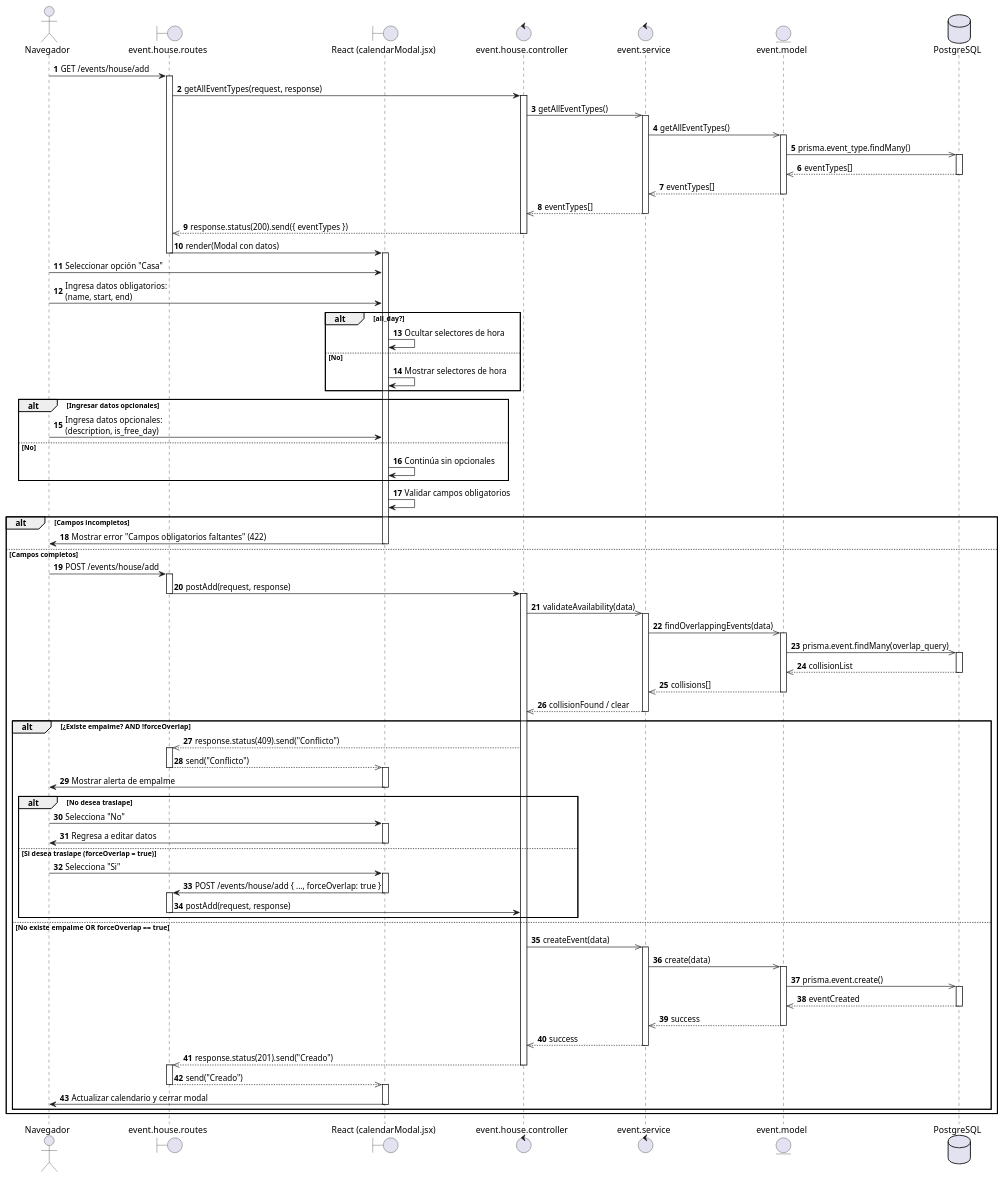
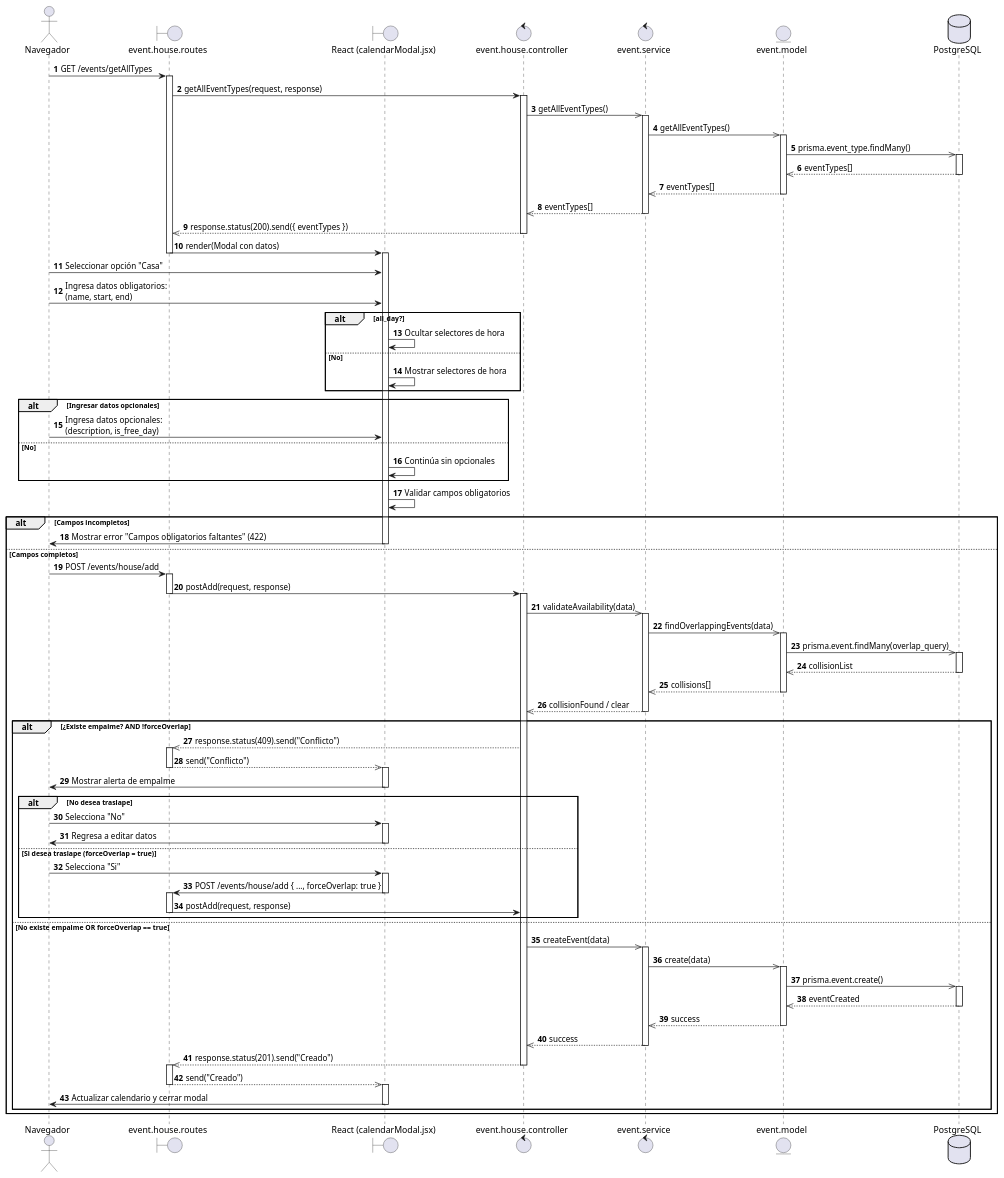
Before and after one commit to AztlanConsulting/RCHQ-Back: the diagram in diagrams/Sequence diagram/US77.puml, drawn with PlantUML. The commit also changed 1 other file, not shown here.

Commit message:
docs(DS): Se crea el diagrama de secuencia para modificar evento de casa.

```diff
--- a/diagrams/Sequence diagram/US77.puml
+++ b/diagrams/Sequence diagram/US77.puml
@@ -1,132 +1,132 @@
 @startuml HU77 - Coordinador registra evento de casa
 
 actor Navegador
 boundary "event.house.routes" as routes
 boundary "React (calendarModal.jsx)" as ReactView
 control "event.house.controller" as controller
 control event.service
 entity event.model
 database PostgreSQL
 
 autonumber
 
-Navegador -> routes : GET /events/house/add
+Navegador -> routes : GET /events/getAllTypes
 activate routes
 
 routes -> controller : getAllEventTypes(request, response)
 activate controller
 
 controller ->> event.service : getAllEventTypes()
 activate event.service
 event.service ->> event.model : getAllEventTypes()
 activate event.model
 event.model ->> PostgreSQL : prisma.event_type.findMany()
 activate PostgreSQL
 PostgreSQL -->> event.model : eventTypes[]
 deactivate PostgreSQL
 event.model -->> event.service : eventTypes[]
 deactivate event.model
 event.service -->> controller : eventTypes[]
 deactivate event.service
 
 controller -->> routes : response.status(200).send({ eventTypes })
 deactivate controller
 
 routes -> ReactView : render(Modal con datos)
 deactivate routes
 activate ReactView
 
 Navegador -> ReactView : Seleccionar opción "Casa"
 
 Navegador -> ReactView : Ingresa datos obligatorios:\n(name, start, end)
 
 alt all_day?
     ReactView -> ReactView : Ocultar selectores de hora
 else No
     ReactView -> ReactView : Mostrar selectores de hora
 end
 
 alt Ingresar datos opcionales
     Navegador -> ReactView : Ingresa datos opcionales:\n(description, is_free_day)
 else No
     ReactView -> ReactView : Continúa sin opcionales
 end
 
 ReactView -> ReactView : Validar campos obligatorios
 
 alt Campos incompletos
     ReactView -> Navegador : Mostrar error "Campos obligatorios faltantes" (422)
     deactivate ReactView
 else Campos completos
     Navegador -> routes : POST /events/house/add
     activate routes
 
     routes -> controller : postAdd(request, response)
     deactivate routes
     activate controller
 
     controller ->> event.service : validateAvailability(data)
     activate event.service
 
     event.service ->> event.model : findOverlappingEvents(data)
     activate event.model
     event.model ->> PostgreSQL : prisma.event.findMany(overlap_query)
     activate PostgreSQL
     PostgreSQL -->> event.model : collisionList
     deactivate PostgreSQL
     event.model -->> event.service : collisions[]
     deactivate event.model
 
     event.service -->> controller : collisionFound / clear
     deactivate event.service
 
     alt ¿Existe empalme? AND !forceOverlap
         controller -->> routes : response.status(409).send("Conflicto")
         activate routes
         routes -->> ReactView : send("Conflicto")
         deactivate routes
         activate ReactView
         ReactView -> Navegador : Mostrar alerta de empalme
         deactivate ReactView
         
         alt No desea traslape
             Navegador -> ReactView : Selecciona "No"
             activate ReactView
             ReactView -> Navegador : Regresa a editar datos
             deactivate ReactView
         else Si desea traslape (forceOverlap = true)
             Navegador -> ReactView : Selecciona "Si"
             activate ReactView
             ReactView -> routes : POST /events/house/add { ..., forceOverlap: true }
             deactivate ReactView
             activate routes
             routes -> controller : postAdd(request, response)
             deactivate routes
         end
         
     else No existe empalme OR forceOverlap == true
         controller ->> event.service : createEvent(data)
         activate event.service
         event.service ->> event.model : create(data)
         activate event.model
         event.model ->> PostgreSQL : prisma.event.create()
         activate PostgreSQL
         PostgreSQL -->> event.model : eventCreated
         deactivate PostgreSQL
         event.model -->> event.service : success
         deactivate event.model
         event.service -->> controller : success
         deactivate event.service
 
         controller -->> routes : response.status(201).send("Creado")
         deactivate controller
         activate routes
         routes -->> ReactView : send("Creado")
         deactivate routes
         activate ReactView
         ReactView -> Navegador : Actualizar calendario y cerrar modal
         deactivate ReactView
     end
 end
 
 @enduml
```
